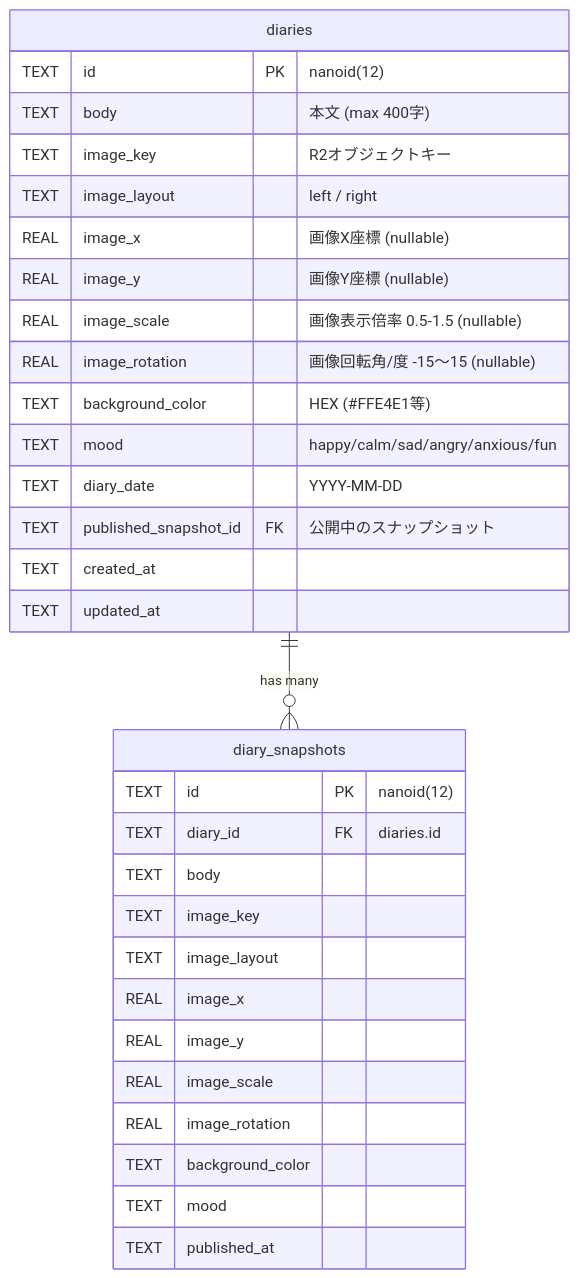
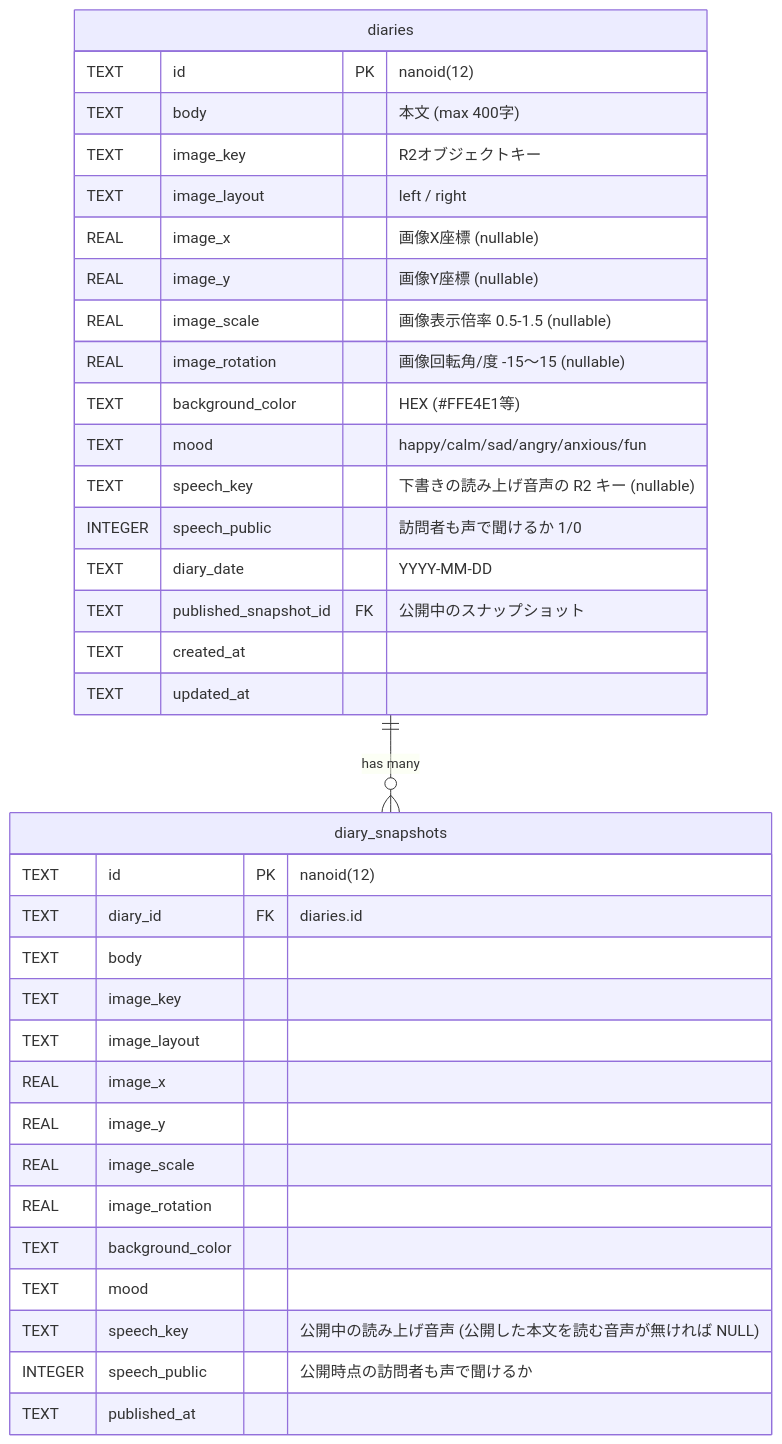
One commit to shimabox/400-diary changed the first of 3 diagrams in docs/architecture/database.md. Above: the diagram before and after it, drawn with Mermaid. The commit also changed other lines of this file and 50 other files, not shown here.

````diff
--- a/docs/architecture/database.md
+++ b/docs/architecture/database.md
@@ -36,34 +36,38 @@
 ```mermaid
 erDiagram
     diaries ||--o{ diary_snapshots : "has many"
     diaries {
         TEXT id PK "nanoid(12)"
         TEXT body "本文 (max 400字)"
         TEXT image_key "R2オブジェクトキー"
         TEXT image_layout "left / right"
         REAL image_x "画像X座標 (nullable)"
         REAL image_y "画像Y座標 (nullable)"
         REAL image_scale "画像表示倍率 0.5-1.5 (nullable)"
         REAL image_rotation "画像回転角/度 -15〜15 (nullable)"
         TEXT background_color "HEX (#FFE4E1等)"
         TEXT mood "happy/calm/sad/angry/anxious/fun"
+        TEXT speech_key "下書きの読み上げ音声の R2 キー (nullable)"
+        INTEGER speech_public "訪問者も声で聞けるか 1/0"
         TEXT diary_date "YYYY-MM-DD"
         TEXT published_snapshot_id FK "公開中のスナップショット"
         TEXT created_at
         TEXT updated_at
     }
     diary_snapshots {
         TEXT id PK "nanoid(12)"
         TEXT diary_id FK "diaries.id"
         TEXT body
         TEXT image_key
         TEXT image_layout
         REAL image_x
         REAL image_y
         REAL image_scale
         REAL image_rotation
         TEXT background_color
         TEXT mood
+        TEXT speech_key "公開中の読み上げ音声 (公開した本文を読む音声が無ければ NULL)"
+        INTEGER speech_public "公開時点の訪問者も声で聞けるか"
         TEXT published_at
     }
 ```
````
